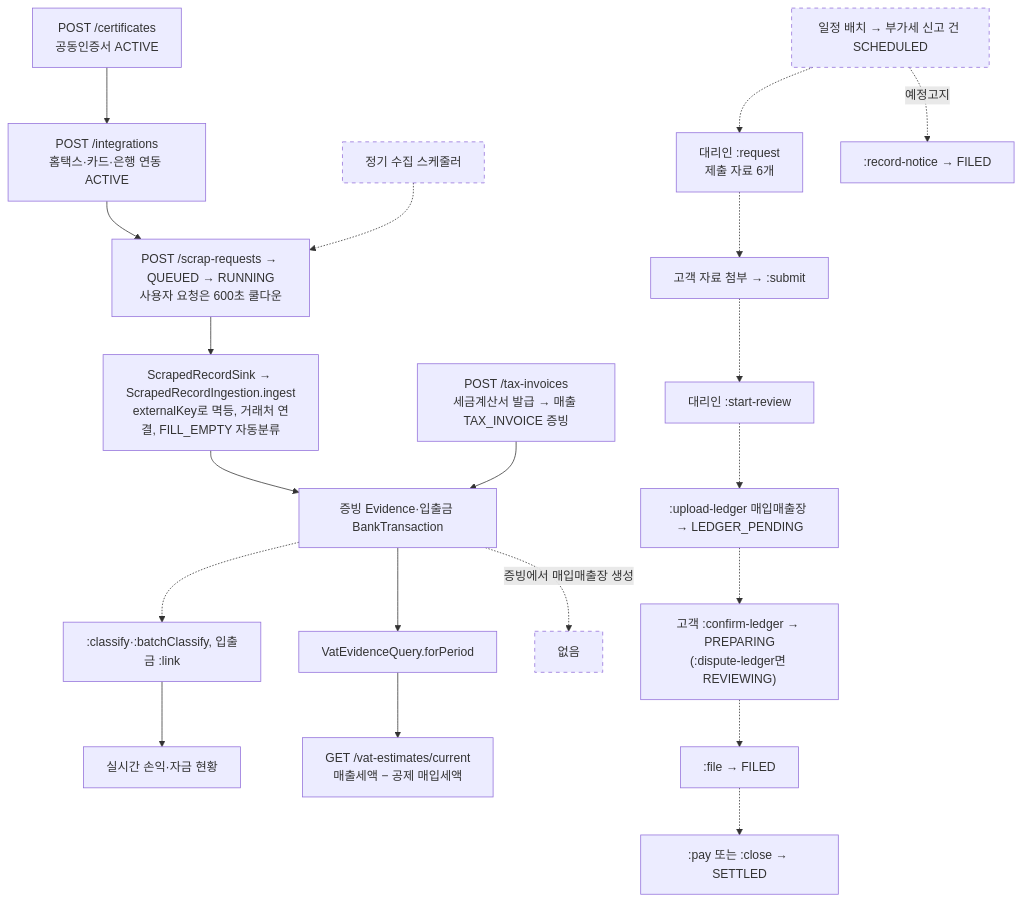
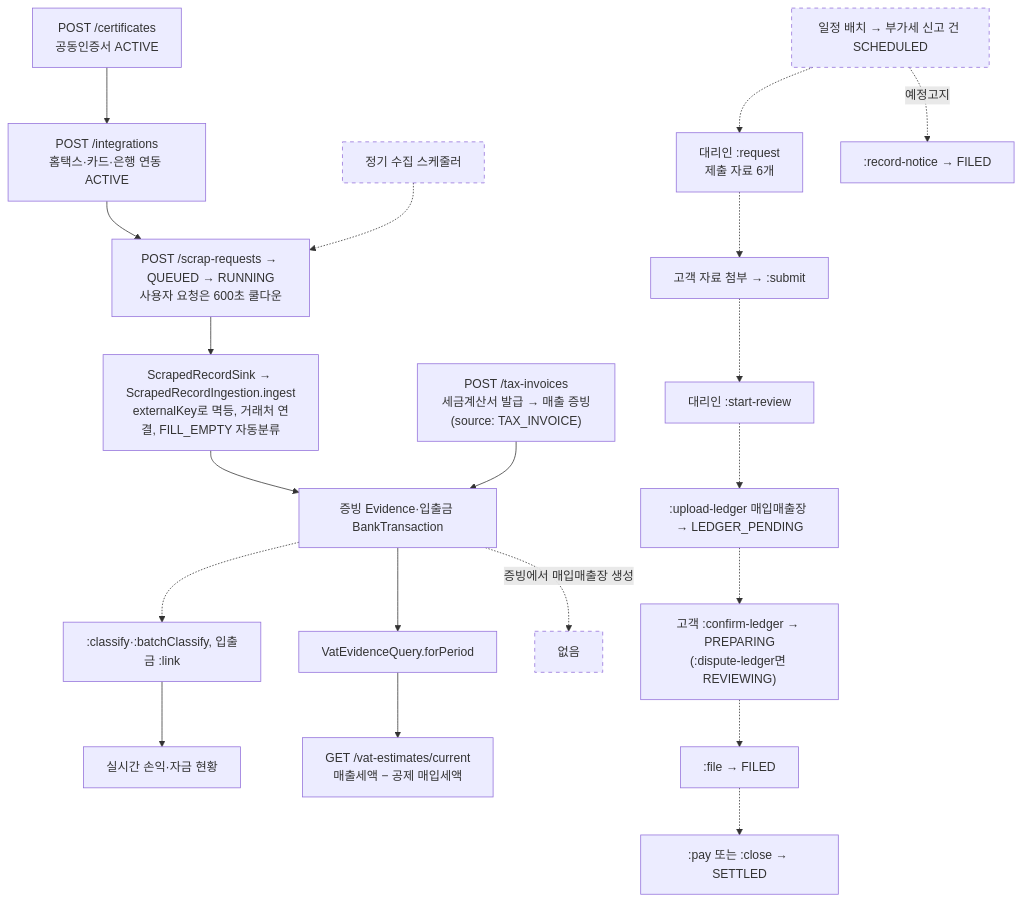
The third of 3 diagrams in docs/design/lifecycles.md (cbcruk/semu), drawn with Mermaid before and after one commit. The commit also changed other lines of this file and 2 other files, not shown here.

Commit message:
docs: 재검토의 고려할 것 반영 — 흐름 2 조회 점선, 증빙 source 표기, 중복 링크

````diff
--- a/docs/design/lifecycles.md
+++ b/docs/design/lifecycles.md
@@ -126,24 +126,24 @@
 ```mermaid
 flowchart TD
   cert["POST /certificates<br/>공동인증서 ACTIVE"] --> integ["POST /integrations<br/>홈택스·카드·은행 연동 ACTIVE"]
   integ --> scrap["POST /scrap-requests → QUEUED → RUNNING<br/>사용자 요청은 600초 쿨다운"]
   cron["정기 수집 스케줄러"]:::todo -.-> scrap
   scrap --> ingest["ScrapedRecordSink → ScrapedRecordIngestion.ingest<br/>externalKey로 멱등, 거래처 연결, FILL_EMPTY 자동분류"]
-  issue["POST /tax-invoices<br/>세금계산서 발급 → 매출 TAX_INVOICE 증빙"] --> evidence
+  issue["POST /tax-invoices<br/>세금계산서 발급 → 매출 증빙(source: TAX_INVOICE)"] --> evidence
   ingest --> evidence["증빙 Evidence·입출금 BankTransaction"]
   evidence -.-> classify[":classify·:batchClassify, 입출금 :link"]
   classify --> reports["실시간 손익·자금 현황"]
   evidence --> vatq["VatEvidenceQuery.forPeriod"]
   vatq --> estimate["GET /vat-estimates/current<br/>매출세액 − 공제 매입세액"]
   sched["일정 배치 → 부가세 신고 건 SCHEDULED"]:::todo -.-> request["대리인 :request<br/>제출 자료 6개"]
   request -.-> submit["고객 자료 첨부 → :submit"]
   submit -.-> review["대리인 :start-review"]
   review -.-> ledger[":upload-ledger 매입매출장 → LEDGER_PENDING"]
   ledger -.-> confirm["고객 :confirm-ledger → PREPARING<br/>(:dispute-ledger면 REVIEWING)"]
   confirm -.-> file[":file → FILED"]
   file -.-> pay[":pay 또는 :close → SETTLED"]
   sched -. "예정고지" .-> notice[":record-notice → FILED"]
   evidence -. "증빙에서 매입매출장 생성" .-> ledger2["없음"]:::todo
   classDef todo stroke-dasharray: 5 5
   classDef open stroke-width: 3px
 ```
````
